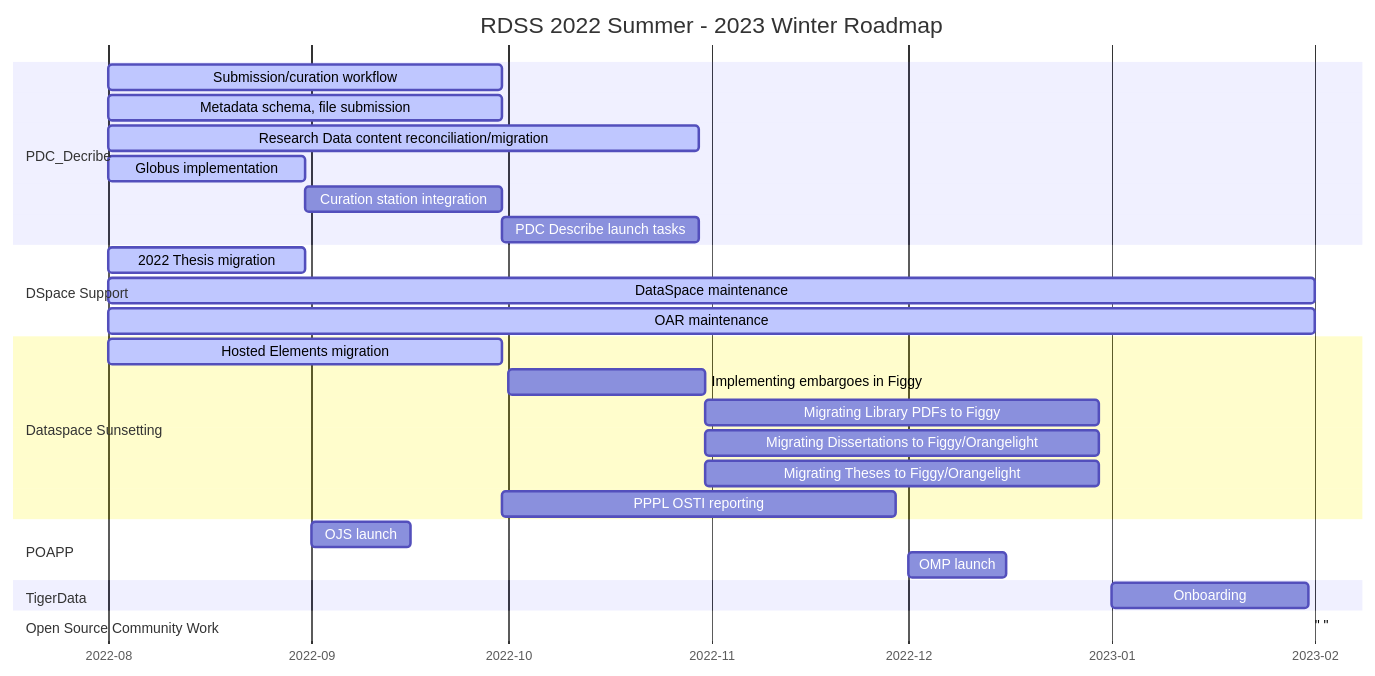
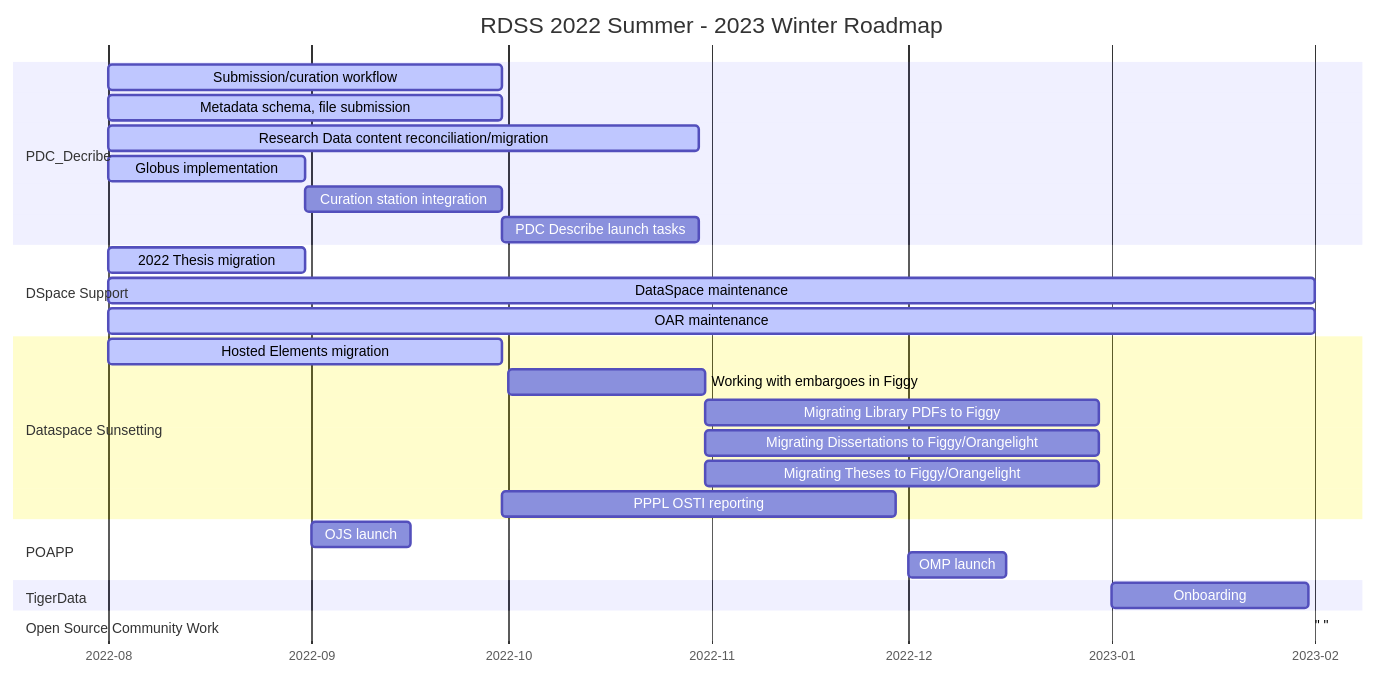
Before and after one commit to pulibrary/rdss-handbook: the first of 2 diagrams in roadmap.md, drawn with Mermaid.

Commit message:
Update roadmap.md
Rephrase Figgy-based embargo testing work

````diff
--- a/roadmap.md
+++ b/roadmap.md
@@ -5,32 +5,32 @@
 ```mermaid
 gantt
     title RDSS 2022 Summer - 2023 Winter Roadmap
     axisFormat  %Y-%m
     dateformat YYYY-MM
     section PDC_Decribe
     Submission/curation workflow           :active, pd1, 2022-08, 60d
     Metadata schema, file submission :active, pd2, 2022-08, 60d
     Research Data content reconciliation/migration :active, pd3, 2022-08, 90d
     Globus implementation     :active, pd4, 2022-08, 30d
     Curation station integration: pd5, after pd4, 30d
     PDC Describe launch tasks: pd6, after pd5, 30d
     section DSpace Support
     2022 Thesis migration :active, dsp1, 2022-08, 30d
     DataSpace maintenance :active, dsp2, 2022-08, 2023-02
     OAR maintenance :active, dsp2, 2022-08, 2023-02
     section Dataspace Sunsetting
     Hosted Elements migration :active, ds1, 2022-08, 60d
-    Implementing embargoes in Figgy: ds2, 2022-10, 30d
+    Working with embargoes in Figgy: ds2, 2022-10, 30d
     Migrating Library PDFs to Figgy: ds4, after ds2, 60d
     Migrating Dissertations to Figgy/Orangelight: ds5, after ds2, 60d
     Migrating Theses to Figgy/Orangelight: ds6, after ds2, 60d
     PPPL OSTI reporting: ds3, after pd5,60d
     section POAPP
     OJS launch: po1, 2022-09, 15d
     OMP launch: po2, 2022-12, 15d
     section TigerData
     Onboarding: td1, 2023-01, 30d
     section Open Source Community Work
     " ": os1
 
 ```
````
